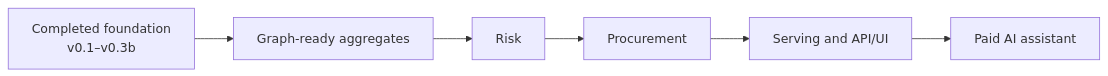
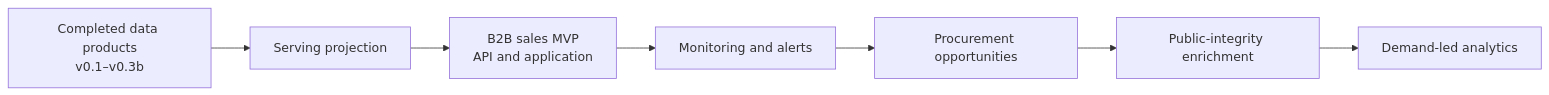
The second of 2 diagrams in docs/atlas_unified_plan.md (sergiorf/atlas), drawn with Mermaid before and after one commit. The commit also changed other lines of this file and 2 other files, not shown here.

Commit message:
Reordered the roadmap around the first B2B sales customer

````diff
--- a/docs/atlas_unified_plan.md
+++ b/docs/atlas_unified_plan.md
@@ -336,8 +346,9 @@
 ```mermaid
 flowchart LR
-    A["Completed foundation<br/>v0.1–v0.3b"] --> D["Graph-ready aggregates"]
-    D --> E["Risk"]
-    E --> F["Procurement"]
-    F --> G["Serving and API/UI"]
-    G --> H["Paid AI assistant"]
+    A["Completed data products<br/>v0.1–v0.3b"] --> B["Serving projection"]
+    B --> C["B2B sales MVP<br/>API and application"]
+    C --> D["Monitoring and alerts"]
+    D --> E["Procurement opportunities"]
+    E --> F["Public-integrity enrichment"]
+    F --> G["Demand-led analytics"]
 ```
````
